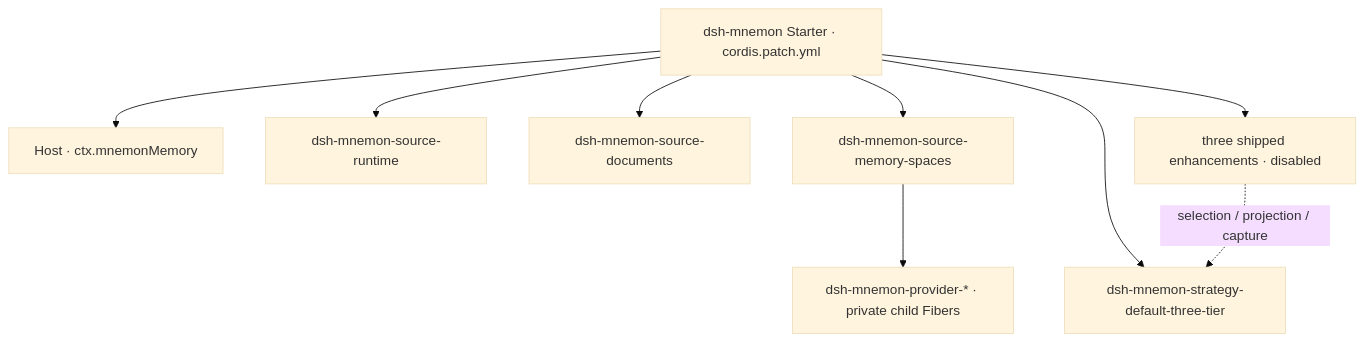
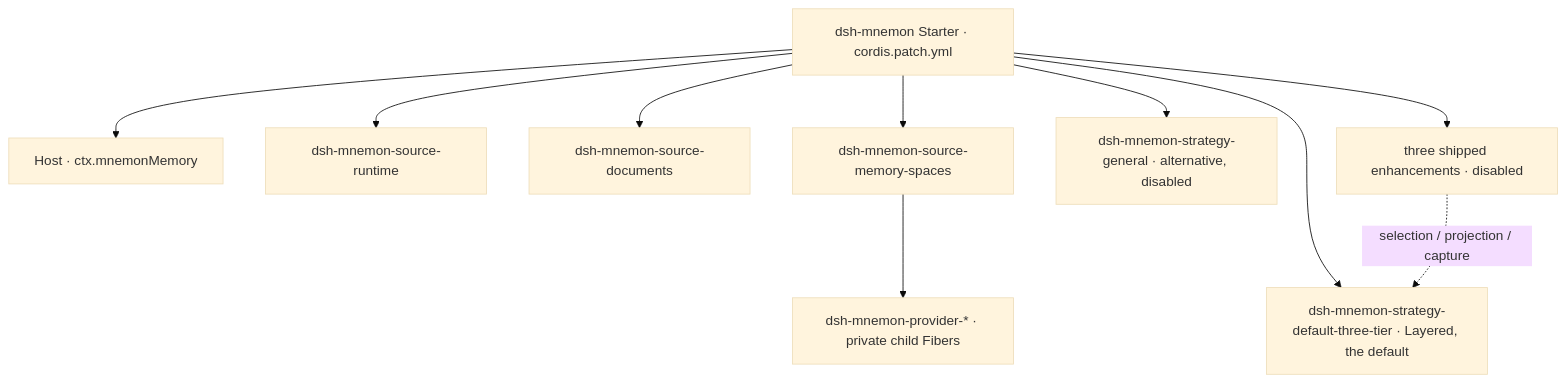
One commit to DerKodex-Repo-Curator/mnemon changed the first of 3 diagrams in dsh/docs/en/development/architecture.md. Above: the diagram before and after it, drawn with Mermaid (base theme). The commit also changed other lines of this file and 38 other files, not shown here.

````diff
--- a/dsh/docs/en/development/architecture.md
+++ b/dsh/docs/en/development/architecture.md
@@ -9,11 +9,12 @@
 ```mermaid
 flowchart TB
   Starter["dsh-mnemon Starter · cordis.patch.yml"] --> Host["Host · ctx.mnemonMemory"]
   Starter --> Runtime["dsh-mnemon-source-runtime"]
   Starter --> Docs["dsh-mnemon-source-documents"]
   Starter --> Spaces["dsh-mnemon-source-memory-spaces"]
-  Starter --> Strategy["dsh-mnemon-strategy-default-three-tier"]
+  Starter --> Strategy["dsh-mnemon-strategy-default-three-tier · Layered, the default"]
+  Starter --> General["dsh-mnemon-strategy-general · alternative, disabled"]
   Starter --> Helpers["three shipped enhancements · disabled"]
   Helpers -. selection / projection / capture .-> Strategy
   Spaces --> Providers["dsh-mnemon-provider-* · private child Fibers"]
 ```
````
